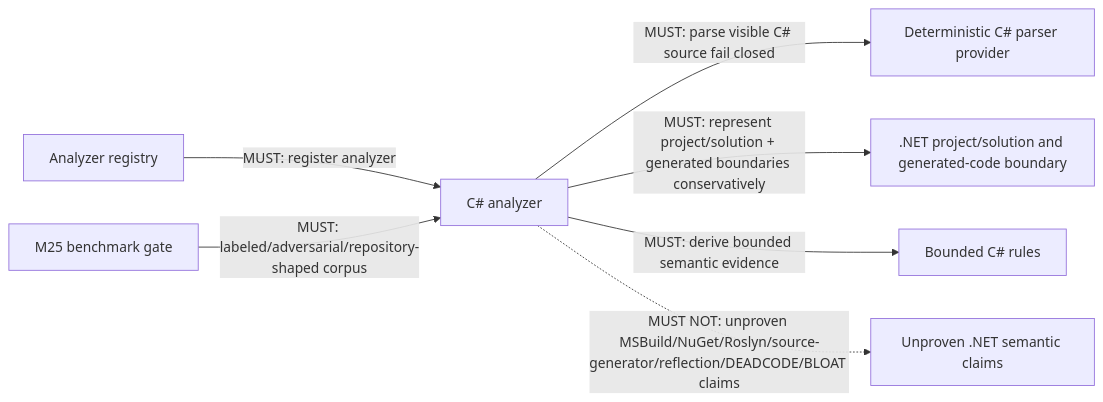
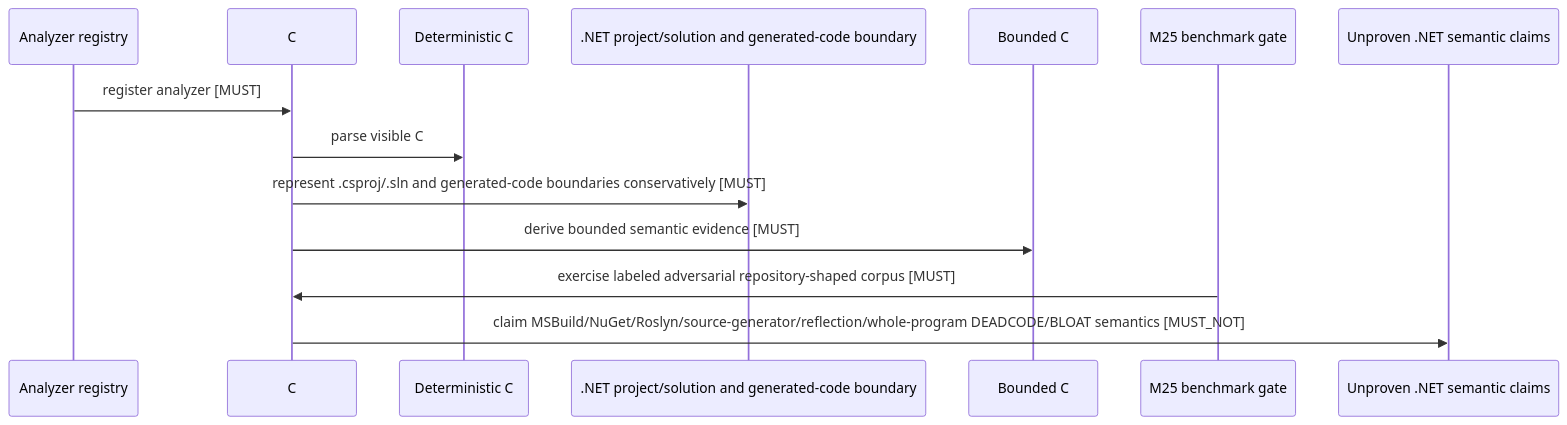
One commit to maxqstudio/DoctorCode changed the diagram in docs/sequence/generated/M25-CSHARP-DOTNET-SEMANTIC-BASELINE.plan.mmd. Above: the diagram before and after it, drawn with Mermaid. The commit also changed 10 other files, not shown here.

Commit message:
chore(m25): bind frozen CSharp .NET BEFORE plan

```diff
--- a/docs/sequence/generated/M25-CSHARP-DOTNET-SEMANTIC-BASELINE.plan.mmd
+++ b/docs/sequence/generated/M25-CSHARP-DOTNET-SEMANTIC-BASELINE.plan.mmd
@@ -1,7 +1,17 @@
-flowchart LR
-  registry["Analyzer registry"] -->|MUST: register analyzer| csharp_analyzer["C# analyzer"]
-  csharp_analyzer -->|MUST: parse visible C# source fail closed| parser_provider["Deterministic C# parser provider"]
-  csharp_analyzer -->|MUST: represent project/solution + generated boundaries conservatively| project_boundary[".NET project/solution and generated-code boundary"]
-  csharp_analyzer -->|MUST: derive bounded semantic evidence| bounded_rules["Bounded C# rules"]
-  benchmark_gate["M25 benchmark gate"] -->|MUST: labeled/adversarial/repository-shaped corpus| csharp_analyzer
-  csharp_analyzer -.->|MUST NOT: unproven MSBuild/NuGet/Roslyn/source-generator/reflection/DEADCODE/BLOAT claims| unsafe_claims["Unproven .NET semantic claims"]
+%% GENERATED FILE - DO NOT EDIT
+%% PLAN_SHA256: 238ca3c7894d0d7978587c8ca68a6e42a8ed26eb1425fa78edbb160ec37db518
+%% FLOW_ID: M25-CSHARP-DOTNET-SEMANTIC-BASELINE
+sequenceDiagram
+    participant registry_0 as Analyzer registry
+    participant csharp_analyzer_1 as C# analyzer
+    participant parser_provider_2 as Deterministic C# parser provider
+    participant project_boundary_3 as .NET project/solution and generated-code boundary
+    participant bounded_rules_4 as Bounded C# rules
+    participant benchmark_gate_5 as M25 benchmark gate
+    participant unsafe_claims_6 as Unproven .NET semantic claims
+    registry_0->>csharp_analyzer_1: register analyzer [MUST]
+    csharp_analyzer_1->>parser_provider_2: parse visible C# source fail closed [MUST]
+    csharp_analyzer_1->>project_boundary_3: represent .csproj/.sln and generated-code boundaries conservatively [MUST]
+    csharp_analyzer_1->>bounded_rules_4: derive bounded semantic evidence [MUST]
+    benchmark_gate_5->>csharp_analyzer_1: exercise labeled adversarial repository-shaped corpus [MUST]
+    csharp_analyzer_1->>unsafe_claims_6: claim MSBuild/NuGet/Roslyn/source-generator/reflection/whole-program DEADCODE/BLOAT semantics [MUST_NOT]
```
